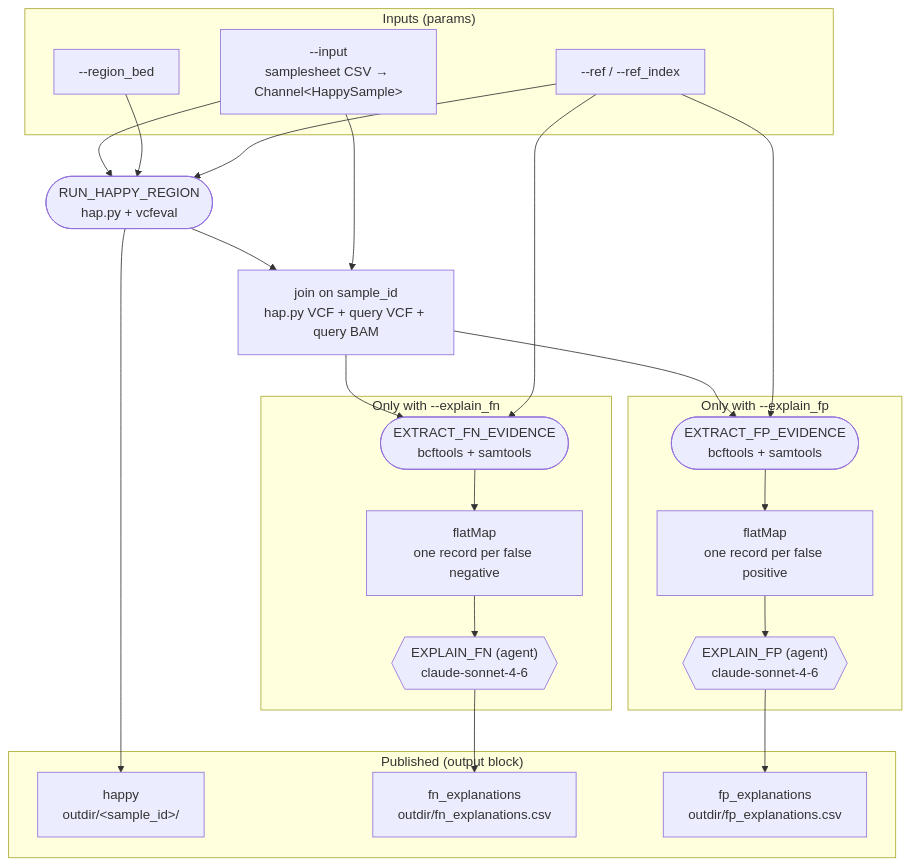
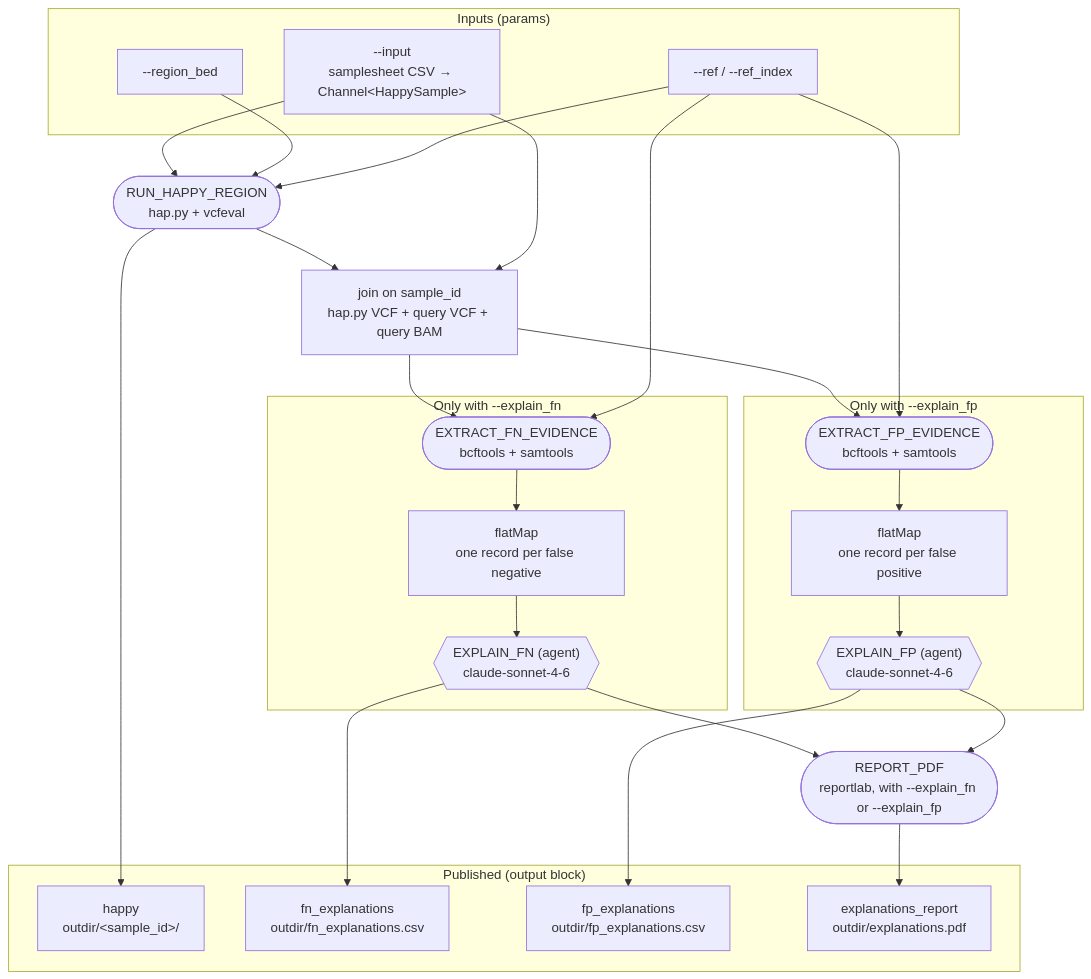
Before and after one commit to indapa/nextflow-run-happy-region: the diagram in docs/dag.mmd, drawn with Mermaid. The commit also changed 4 other files, not shown here.

First line of the commit message:
Write the agent explanations to a PDF report

```diff
--- a/docs/dag.mmd
+++ b/docs/dag.mmd
@@ -1,39 +1,44 @@
 flowchart TB
     subgraph inputs ["Inputs (params)"]
     v0["--input<br/>samplesheet CSV → Channel&lt;HappySample&gt;"]
     v1["--region_bed"]
     v2["--ref / --ref_index"]
     end
     v4(["RUN_HAPPY_REGION<br/>hap.py + vcfeval"])
     v6["join on sample_id<br/>hap.py VCF + query VCF + query BAM"]
     subgraph explain ["Only with --explain_fn"]
     v7(["EXTRACT_FN_EVIDENCE<br/>bcftools + samtools"])
     v8["flatMap<br/>one record per false negative"]
     v9{{"EXPLAIN_FN (agent)<br/>claude-sonnet-4-6"}}
     end
     subgraph explainfp ["Only with --explain_fp"]
     v11(["EXTRACT_FP_EVIDENCE<br/>bcftools + samtools"])
     v12["flatMap<br/>one record per false positive"]
     v13{{"EXPLAIN_FP (agent)<br/>claude-sonnet-4-6"}}
     end
+    v15(["REPORT_PDF<br/>reportlab, with --explain_fn or --explain_fp"])
     subgraph outputs ["Published (output block)"]
     v5["happy<br/>outdir/&lt;sample_id&gt;/"]
     v10["fn_explanations<br/>outdir/fn_explanations.csv"]
     v14["fp_explanations<br/>outdir/fp_explanations.csv"]
+    v16["explanations_report<br/>outdir/explanations.pdf"]
     end
     v0 --> v4
     v1 --> v4
     v2 --> v4
     v4 --> v5
     v4 --> v6
     v0 --> v6
     v6 --> v7
     v2 --> v7
     v7 --> v8
     v8 --> v9
     v9 --> v10
     v6 --> v11
     v2 --> v11
     v11 --> v12
     v12 --> v13
     v13 --> v14
+    v9 --> v15
+    v13 --> v15
+    v15 --> v16
```
